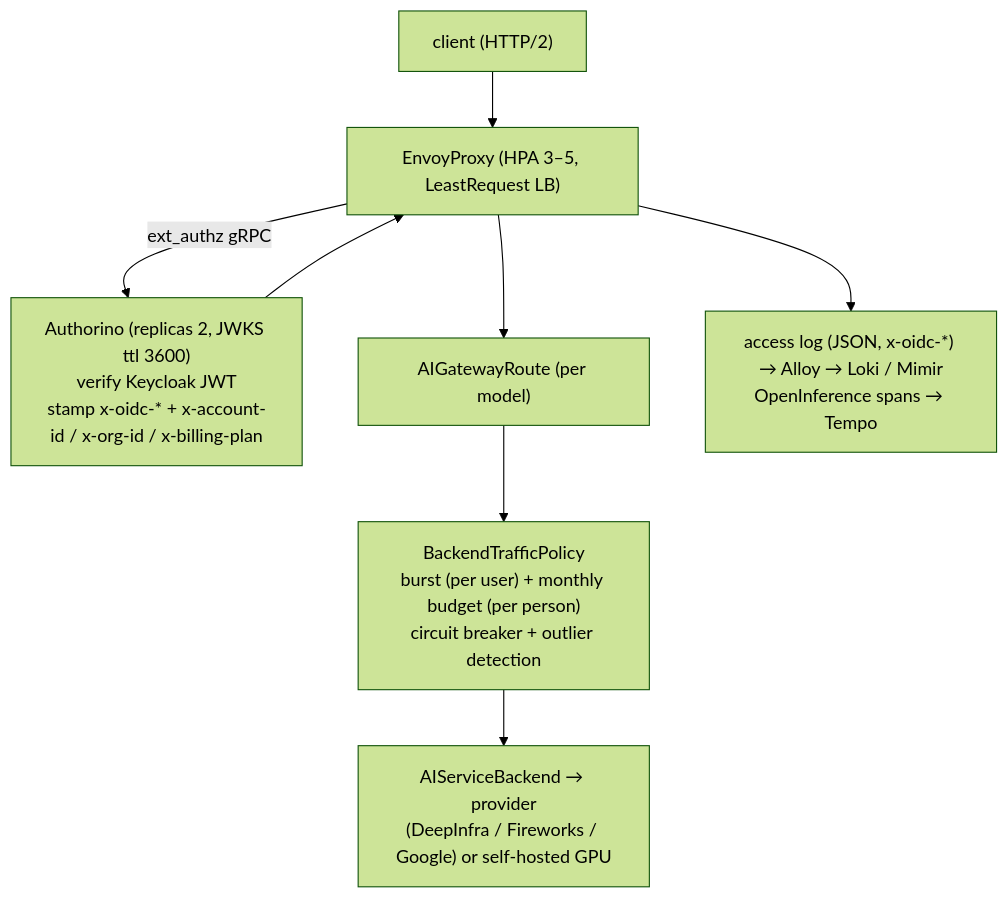
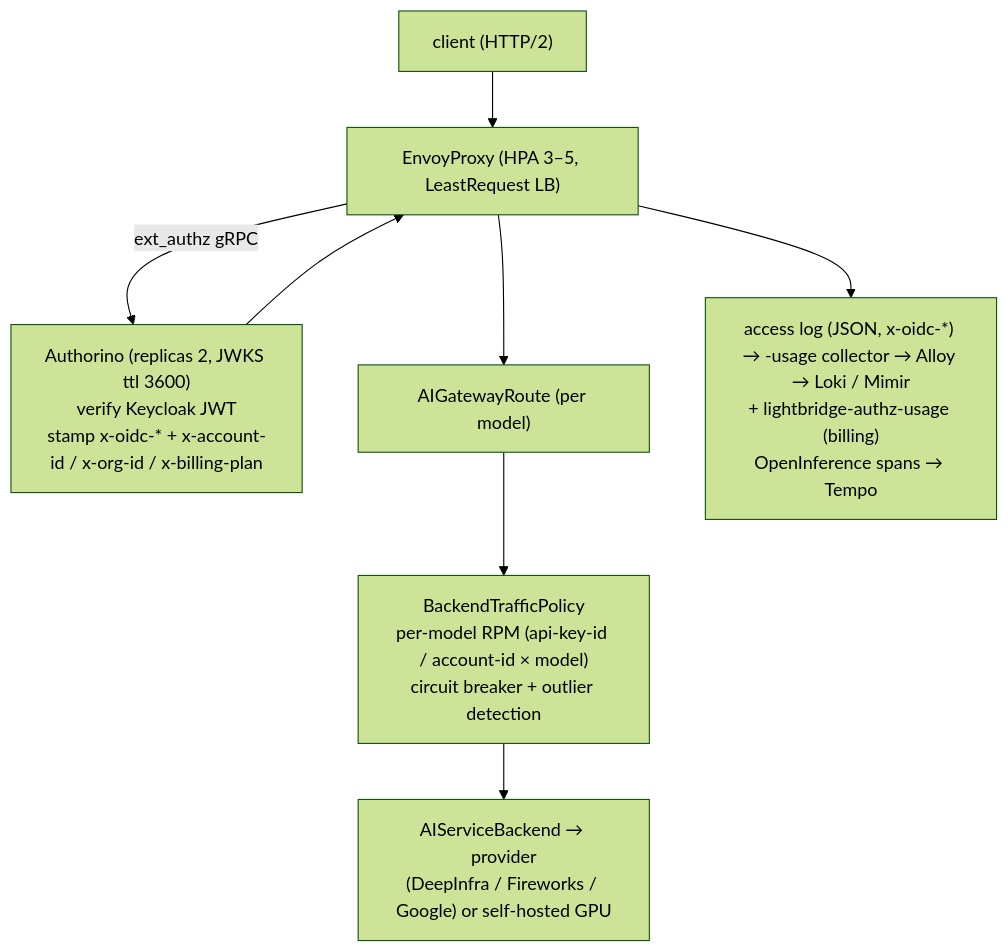
The third of 10 diagrams in docs/arc42.md (ADORSYS-GIS/ai-helm), drawn with Mermaid (forest theme) before and after one commit. The commit also changed other lines of this file and 8 other files, not shown here.

First line of the commit message:
docs: correct stale usage-collector, budget and span-attribution claims (#1141)

````diff
--- a/docs/arc42.md
+++ b/docs/arc42.md
@@ -208,16 +208,16 @@
 ```mermaid
 flowchart TB
     C["client (HTTP/2)"]
     E["EnvoyProxy (HPA 3–5, LeastRequest LB)"]
     A["Authorino (replicas 2, JWKS ttl 3600)<br/>verify Keycloak JWT<br/>stamp x-oidc-* + x-account-id / x-org-id / x-billing-plan"]
     R["AIGatewayRoute (per model)"]
-    B["BackendTrafficPolicy<br/>burst (per user) + monthly budget (per person)<br/>circuit breaker + outlier detection"]
+    B["BackendTrafficPolicy<br/>per-model RPM (api-key-id / account-id × model)<br/>circuit breaker + outlier detection"]
     S["AIServiceBackend → provider<br/>(DeepInfra / Fireworks / Google) or self-hosted GPU"]
-    O["access log (JSON, x-oidc-*) → Alloy → Loki / Mimir<br/>OpenInference spans → Tempo"]
+    O["access log (JSON, x-oidc-*) → -usage collector → Alloy → Loki / Mimir<br/>+ lightbridge-authz-usage (billing)<br/>OpenInference spans → Tempo"]
 
     C --> E
     E -->|ext_authz gRPC| A
     A --> E
     E --> R --> B --> S
     E --> O
 ```
````
